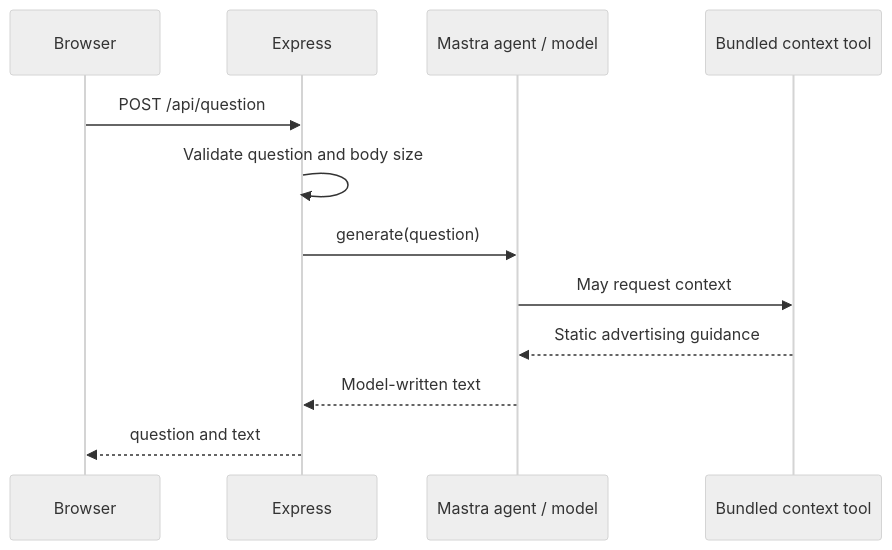
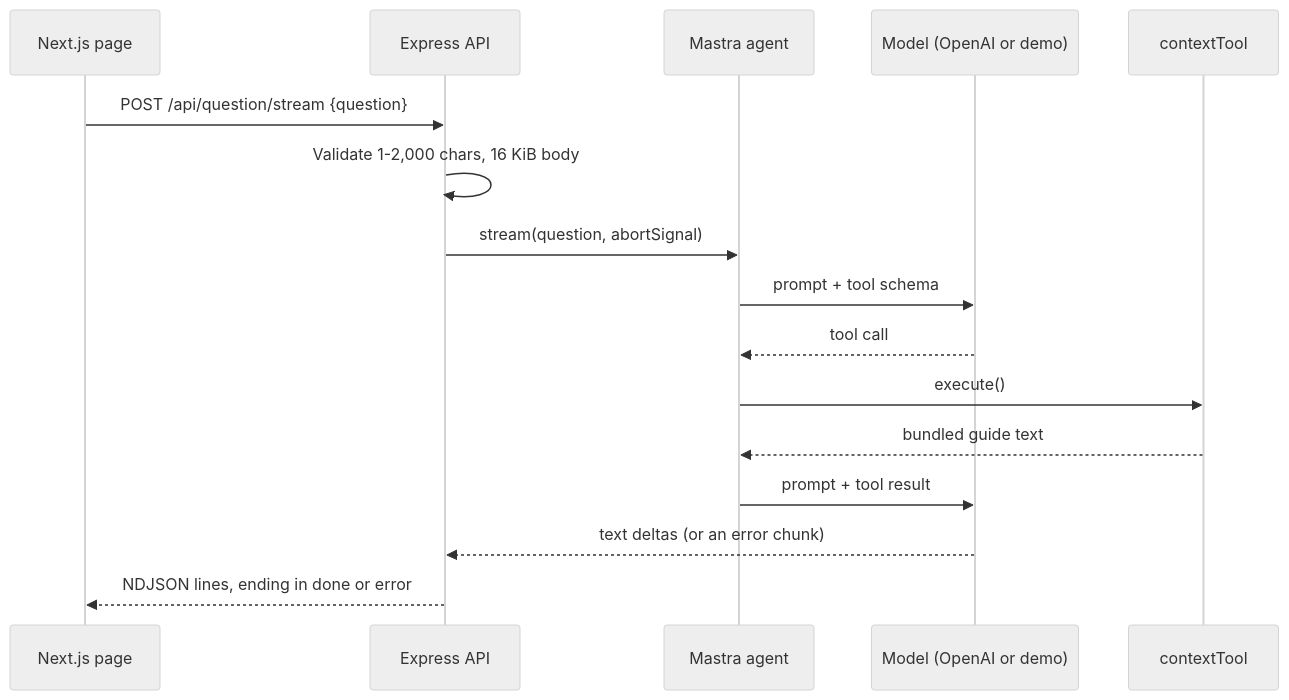
The diagram in README.md (dev-nezuko/mastra-agent-demo-app), drawn with Mermaid (neutral theme) before and after one commit. The commit also changed other lines of this file and 6 other files, not shown here.

First line of the commit message:
Rewrite the README around the demo model and add an MIT license

````diff
--- a/README.md
+++ b/README.md
@@ -15,14 +18,18 @@
 ```mermaid
 sequenceDiagram
-  participant Browser
-  participant Express
-  participant Agent as Mastra agent / model
-  participant Tool as Bundled context tool
-  Browser->>Express: POST /api/question
-  Express->>Express: Validate question and body size
-  Express->>Agent: generate(question)
-  Agent->>Tool: May request context
-  Tool-->>Agent: Static advertising guidance
-  Agent-->>Express: Model-written text
-  Express-->>Browser: question and text
+  participant Browser as Next.js page
+  participant API as Express API
+  participant Agent as Mastra agent
+  participant Model as Model (OpenAI or demo)
+  participant Tool as contextTool
+  Browser->>API: POST /api/question/stream {question}
+  API->>API: Validate 1-2,000 chars, 16 KiB body
+  API->>Agent: stream(question, abortSignal)
+  Agent->>Model: prompt + tool schema
+  Model-->>Agent: tool call
+  Agent->>Tool: execute()
+  Tool-->>Agent: bundled guide text
+  Agent->>Model: prompt + tool result
+  Model-->>API: text deltas (or an error chunk)
+  API-->>Browser: NDJSON lines, ending in done or error
 ```
````
